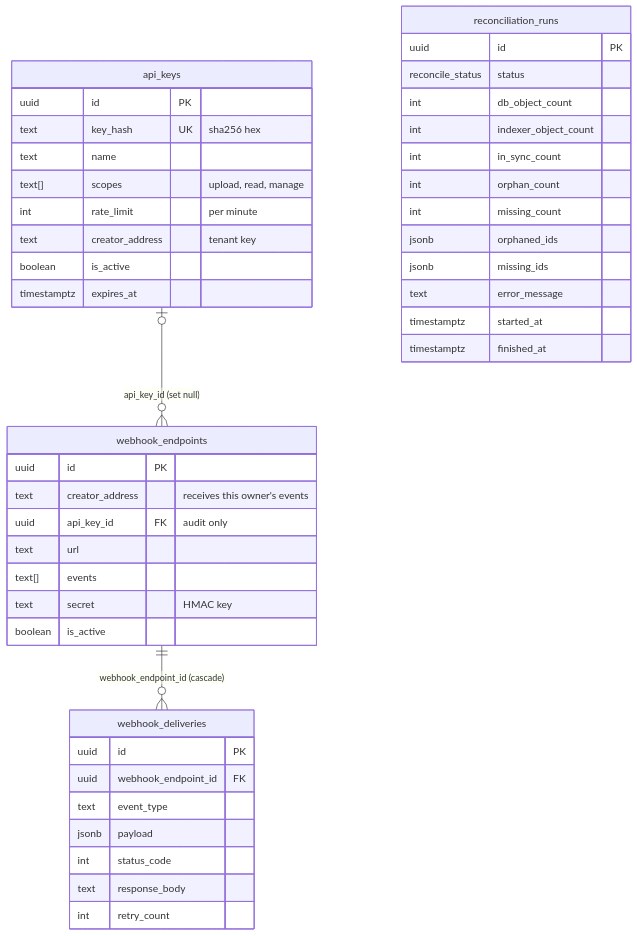
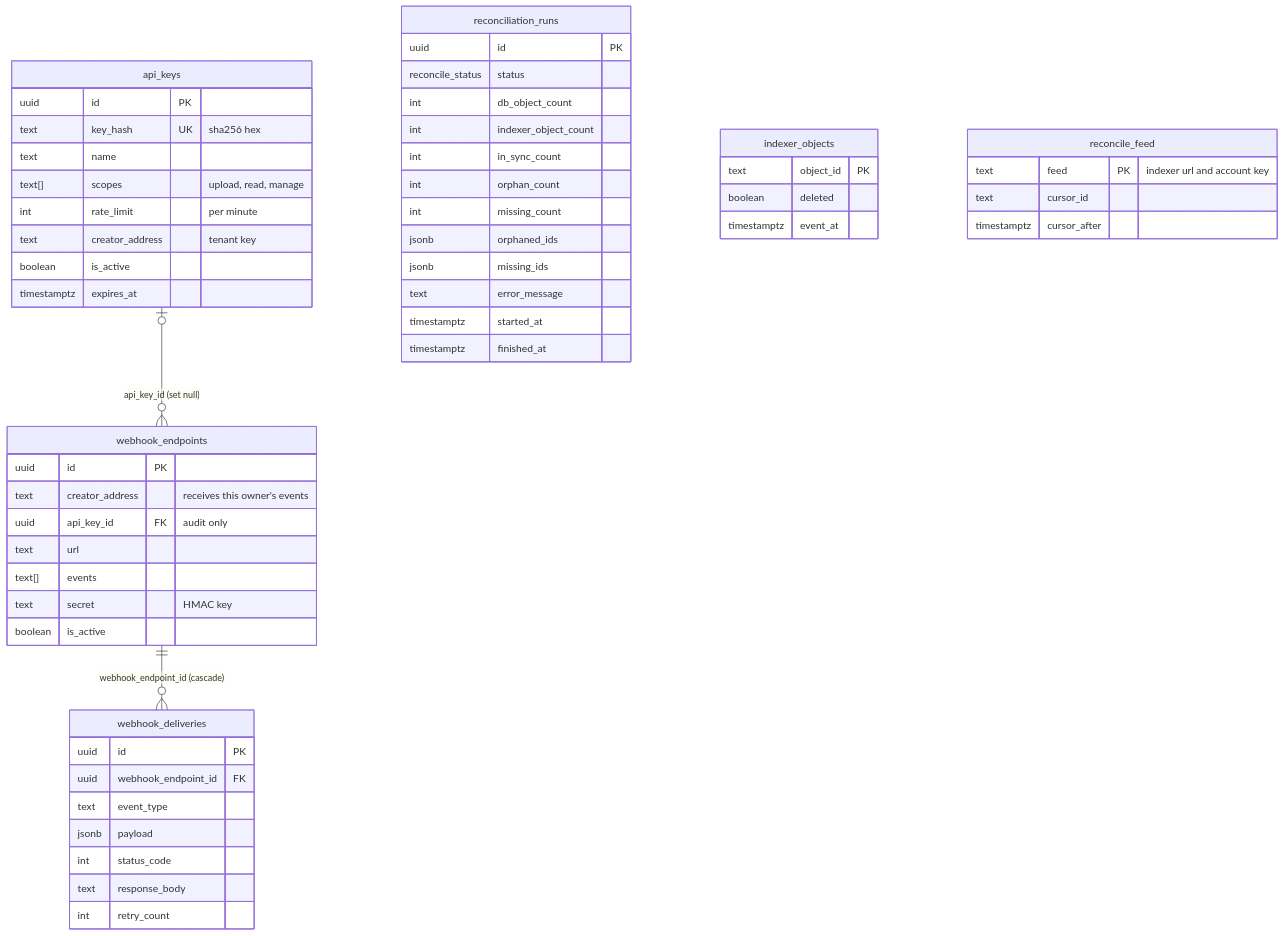
Before and after one commit to justmert/Sluby: the second of 2 diagrams in docs/architecture/data-model.md, drawn with Mermaid. The commit also changed other lines of this file and 19 other files, not shown here.

Commit message:
reconcile incrementally from a saved copy of the indexer inventory, fail on a stalled feed, skip work in flight and keep the last 100 runs

````diff
--- a/docs/architecture/data-model.md
+++ b/docs/architecture/data-model.md
@@ -101,49 +101,59 @@
 ```mermaid
 erDiagram
   direction TB
   api_keys |o--o{ webhook_endpoints : "api_key_id (set null)"
   webhook_endpoints ||--o{ webhook_deliveries : "webhook_endpoint_id (cascade)"
 
   api_keys {
     uuid id PK
     text key_hash UK "sha256 hex"
     text name
     text[] scopes "upload, read, manage"
     int rate_limit "per minute"
     text creator_address "tenant key"
     boolean is_active
     timestamptz expires_at
   }
   webhook_endpoints {
     uuid id PK
     text creator_address "receives this owner's events"
     uuid api_key_id FK "audit only"
     text url
     text[] events
     text secret "HMAC key"
     boolean is_active
   }
   webhook_deliveries {
     uuid id PK
     uuid webhook_endpoint_id FK
     text event_type
     jsonb payload
     int status_code
     text response_body
     int retry_count
   }
   reconciliation_runs {
     uuid id PK
     reconcile_status status
     int db_object_count
     int indexer_object_count
     int in_sync_count
     int orphan_count
     int missing_count
     jsonb orphaned_ids
     jsonb missing_ids
     text error_message
     timestamptz started_at
     timestamptz finished_at
   }
+  indexer_objects {
+    text object_id PK
+    boolean deleted
+    timestamptz event_at
+  }
+  reconcile_feed {
+    text feed PK "indexer url and account key"
+    text cursor_id
+    timestamptz cursor_after
+  }
 ```
````
